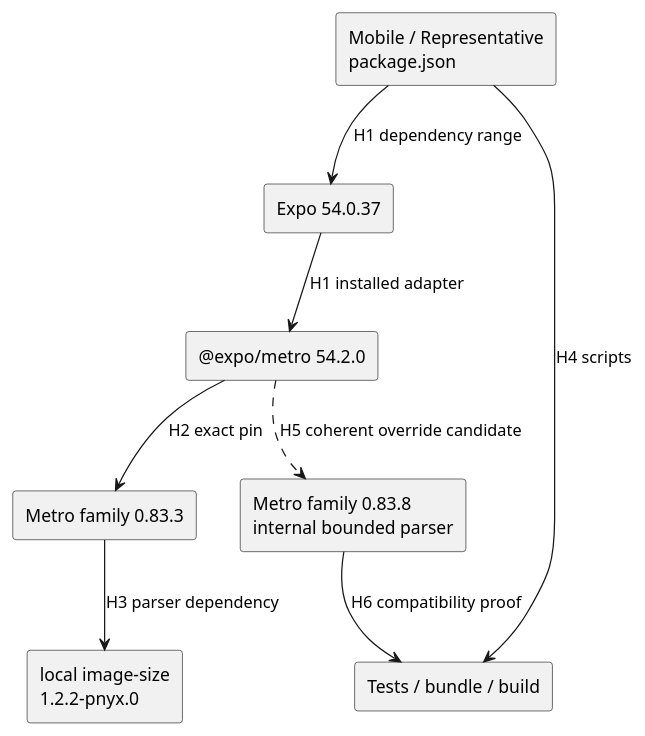
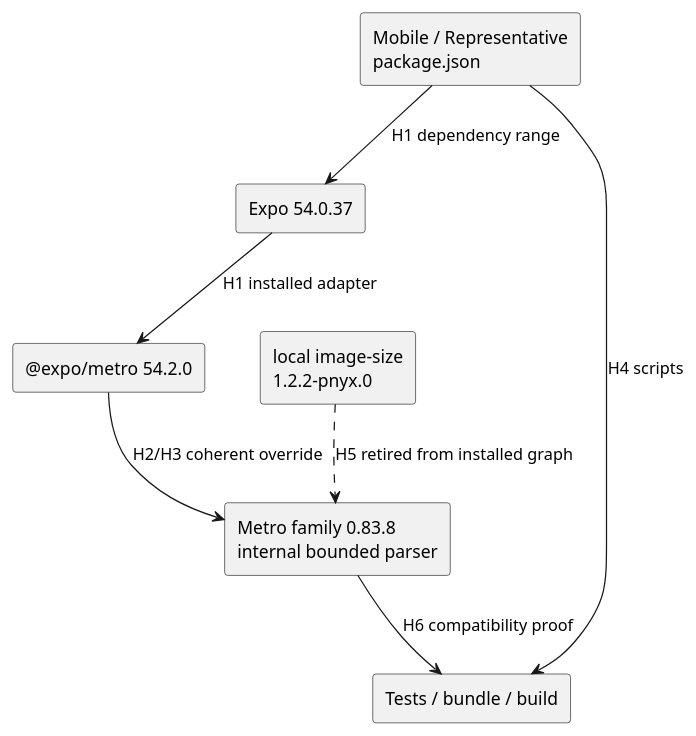
One commit to NeaBouli/pnyx changed the second of 2 diagrams in docs/architecture/map.puml. Above: the diagram before and after it, drawn with PlantUML. The commit also changed other lines of this file and 11 other files, not shown here.

First line of the commit message:
fix(mobile): adopt Metro 0.83.8 image parser, drop image-size (T-506)

```diff
--- a/docs/architecture/map.puml
+++ b/docs/architecture/map.puml
@@ -19,18 +19,16 @@
 @startuml
 skinparam componentStyle rectangle
 component "Mobile / Representative\npackage.json" as APP
 component "Expo 54.0.37" as EXPO
 component "@expo/metro 54.2.0" as EM
-component "Metro family 0.83.3" as METRO_OLD
 component "local image-size\n1.2.2-pnyx.0" as BACKPORT
 component "Metro family 0.83.8\ninternal bounded parser" as METRO_NEW
 component "Tests / bundle / build" as GATES
 
 APP --> EXPO : H1 dependency range
 EXPO --> EM : H1 installed adapter
-EM --> METRO_OLD : H2 exact pin
-METRO_OLD --> BACKPORT : H3 parser dependency
+EM --> METRO_NEW : H2/H3 coherent override
+BACKPORT ..> METRO_NEW : H5 retired from installed graph
 APP --> GATES : H4 scripts
-EM ..> METRO_NEW : H5 coherent override candidate
 METRO_NEW --> GATES : H6 compatibility proof
 @enduml
```
